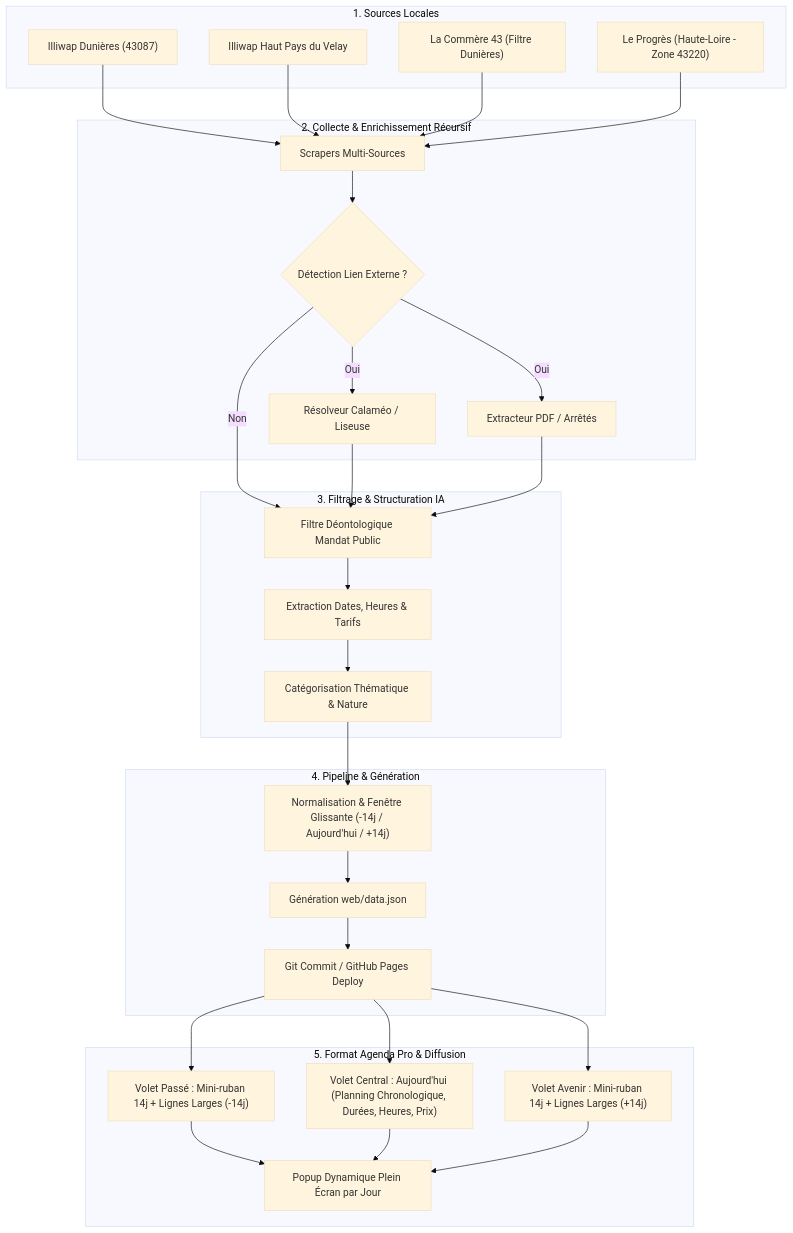
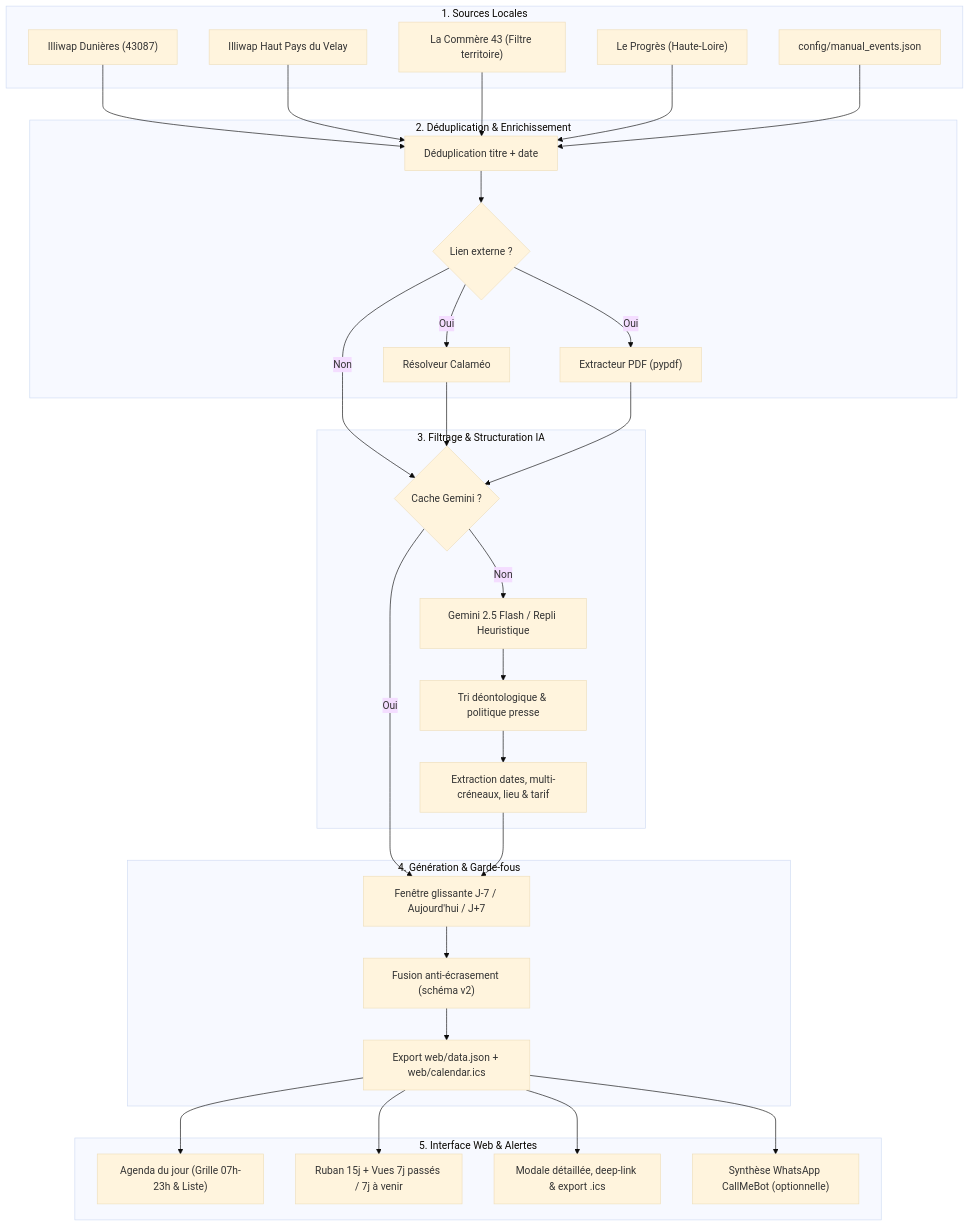
The diagram in ARCHITECTURE.md (mjacquiot/Calendrier-Citoyen), drawn with Mermaid (base theme) before and after one commit. The commit also changed other lines of this file and 53 other files, not shown here.

Commit message:
feat(pipeline,ui): durcissement audit complet, schema v2, flux .ics, tests et accessibilite

````diff
--- a/ARCHITECTURE.md
+++ b/ARCHITECTURE.md
@@ -17,57 +18,60 @@
 ```mermaid
 flowchart TD
     subgraph Sources["1. Sources Locales"]
         S1["Illiwap Dunières (43087)"]
         S2["Illiwap Haut Pays du Velay"]
-        S3["La Commère 43 (Filtre Dunières)"]
-        S4["Le Progrès (Haute-Loire - Zone 43220)"]
+        S3["La Commère 43 (Filtre territoire)"]
+        S4["Le Progrès (Haute-Loire)"]
+        S5["config/manual_events.json"]
     end
 
-    subgraph Scrapers["2. Collecte & Enrichissement Récursif"]
-        C1["Scrapers Multi-Sources"]
-        C2{"Détection Lien Externe ?"}
-        C3["Résolveur Calaméo / Liseuse"]
-        C4["Extracteur PDF / Arrêtés"]
+    subgraph DedupEnrich["2. Déduplication & Enrichissement"]
+        D1["Déduplication titre + date"]
+        C2{"Lien externe ?"}
+        C3["Résolveur Calaméo"]
+        C4["Extracteur PDF (pypdf)"]
     end
 
     subgraph AI["3. Filtrage & Structuration IA"]
-        AI1["Filtre Déontologique Mandat Public"]
-        AI2["Extraction Dates, Heures & Tarifs"]
-        AI3["Catégorisation Thématique & Nature"]
+        AI0{"Cache Gemini ?"}
+        AI1["Gemini 2.5 Flash / Repli Heuristique"]
+        AI2["Tri déontologique & politique presse"]
+        AI3["Extraction dates, multi-créneaux, lieu & tarif"]
     end
 
-    subgraph Build["4. Pipeline & Génération"]
-        P1["Normalisation & Fenêtre Glissante (-14j / Aujourd'hui / +14j)"]
-        P2["Génération web/data.json"]
-        P3["Git Commit / GitHub Pages Deploy"]
+    subgraph Build["4. Génération & Garde-fous"]
+        P1["Fenêtre glissante J-7 / Aujourd'hui / J+7"]
+        P2["Fusion anti-écrasement (schéma v2)"]
+        P3["Export web/data.json + web/calendar.ics"]
     end
 
-    subgraph Delivery["5. Format Agenda Pro & Diffusion"]
-        W1["Volet Passé : Mini-ruban 14j + Lignes Larges (-14j)"]
-        W2["Volet Central : Aujourd'hui (Planning Chronologique, Durées, Heures, Prix)"]
-        W3["Volet Avenir : Mini-ruban 14j + Lignes Larges (+14j)"]
-        W4["Popup Dynamique Plein Écran par Jour"]
+    subgraph Delivery["5. Interface Web & Alertes"]
+        W1["Agenda du jour (Grille 07h-23h & Liste)"]
+        W2["Ruban 15j + Vues 7j passés / 7j à venir"]
+        W3["Modale détaillée, deep-link & export .ics"]
+        W4["Synthèse WhatsApp CallMeBot (optionnelle)"]
     end
 
-    S1 --> C1
-    S2 --> C1
-    S3 --> C1
-    S4 --> C1
-    C1 --> C2
+    S1 --> D1
+    S2 --> D1
+    S3 --> D1
+    S4 --> D1
+    S5 --> D1
+    D1 --> C2
     C2 -- Oui --> C3
     C2 -- Oui --> C4
-    C2 -- Non --> AI1
-    C3 --> AI1
-    C4 --> AI1
+    C2 -- Non --> AI0
+    C3 --> AI0
+    C4 --> AI0
+    AI0 -- Non --> AI1
+    AI0 -- Oui --> P1
     AI1 --> AI2
     AI2 --> AI3
     AI3 --> P1
     P1 --> P2
     P2 --> P3
     P3 --> W1
     P3 --> W2
     P3 --> W3
-    W1 --> W4
-    W2 --> W4
-    W3 --> W4
+    P3 --> W4
 ```
````
